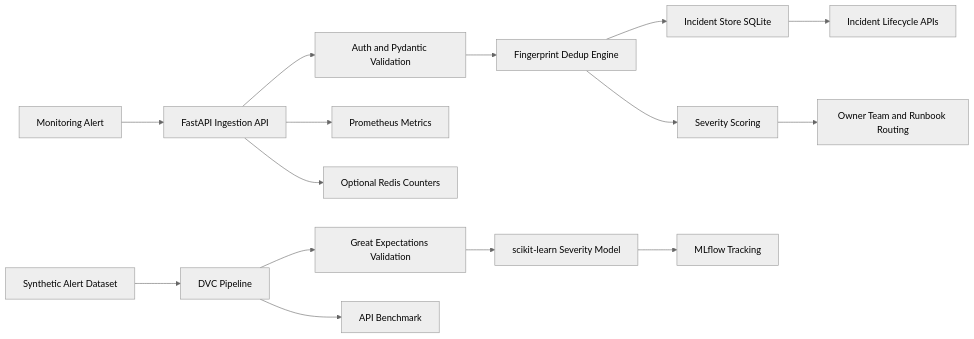
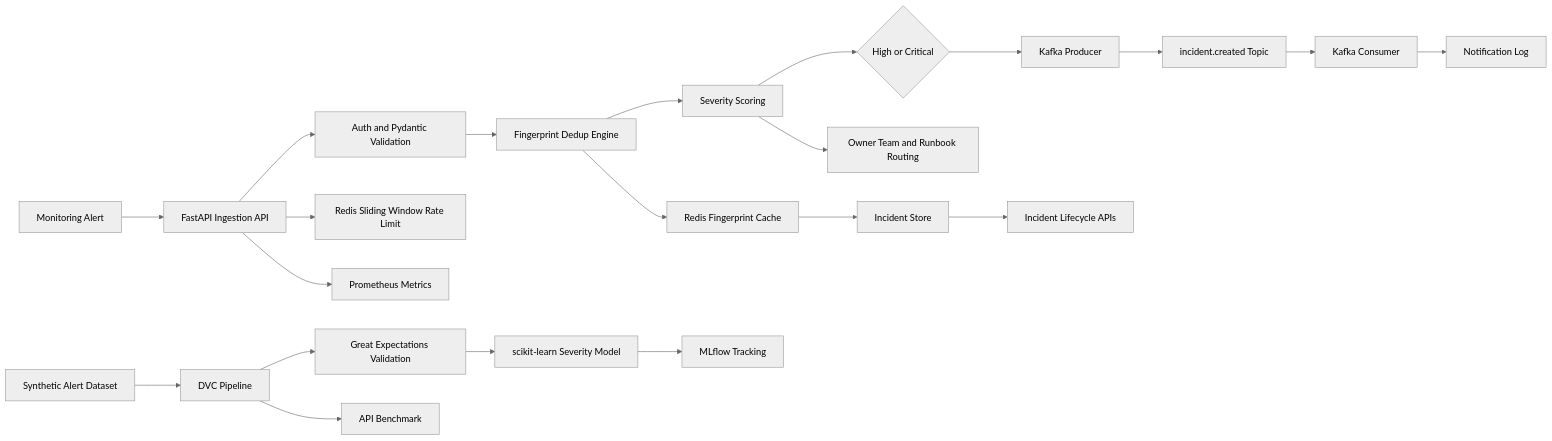
The diagram in README.md (NitinReddy654/AlertPilot), drawn with Mermaid (neutral theme) before and after one commit. The commit also changed other lines of this file and 37 other files, not shown here.

Commit message:
Enhance AlertPilot incident triage platform

````diff
--- a/README.md
+++ b/README.md
@@ -80,17 +53,23 @@
 ```mermaid
 flowchart LR
     A[Monitoring Alert] --> B[FastAPI Ingestion API]
     B --> C[Auth and Pydantic Validation]
+    B --> R[Redis Sliding Window Rate Limit]
     C --> D[Fingerprint Dedup Engine]
-    D --> E[Incident Store SQLite]
+    D --> S[Redis Fingerprint Cache]
+    S --> E[Incident Store]
     D --> F[Severity Scoring]
     F --> G[Owner Team and Runbook Routing]
-    E --> H[Incident Lifecycle APIs]
-    B --> I[Prometheus Metrics]
-    B --> J[Optional Redis Counters]
-    K[Synthetic Alert Dataset] --> L[DVC Pipeline]
-    L --> M[Great Expectations Validation]
-    M --> N[scikit-learn Severity Model]
-    N --> O[MLflow Tracking]
-    L --> P[API Benchmark]
+    F --> H{High or Critical}
+    H --> I[Kafka Producer]
+    I --> J[incident.created Topic]
+    J --> K[Kafka Consumer]
+    K --> L[Notification Log]
+    E --> M[Incident Lifecycle APIs]
+    B --> N[Prometheus Metrics]
+    O[Synthetic Alert Dataset] --> P[DVC Pipeline]
+    P --> Q[Great Expectations Validation]
+    Q --> T[scikit-learn Severity Model]
+    T --> U[MLflow Tracking]
+    P --> V[API Benchmark]
 ```
````
